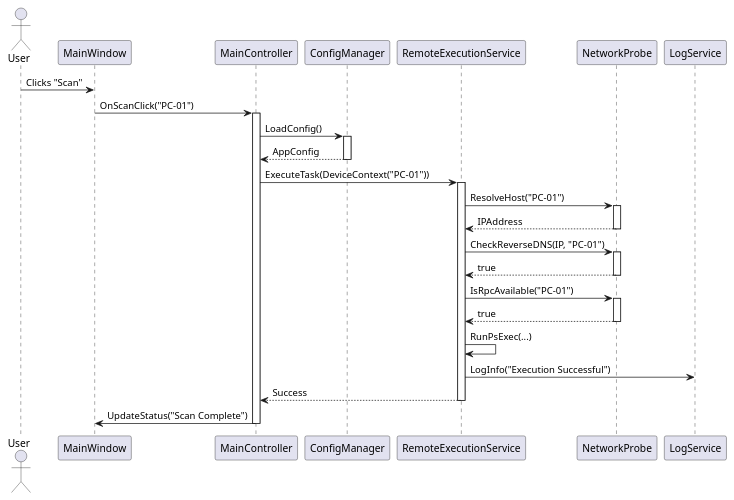
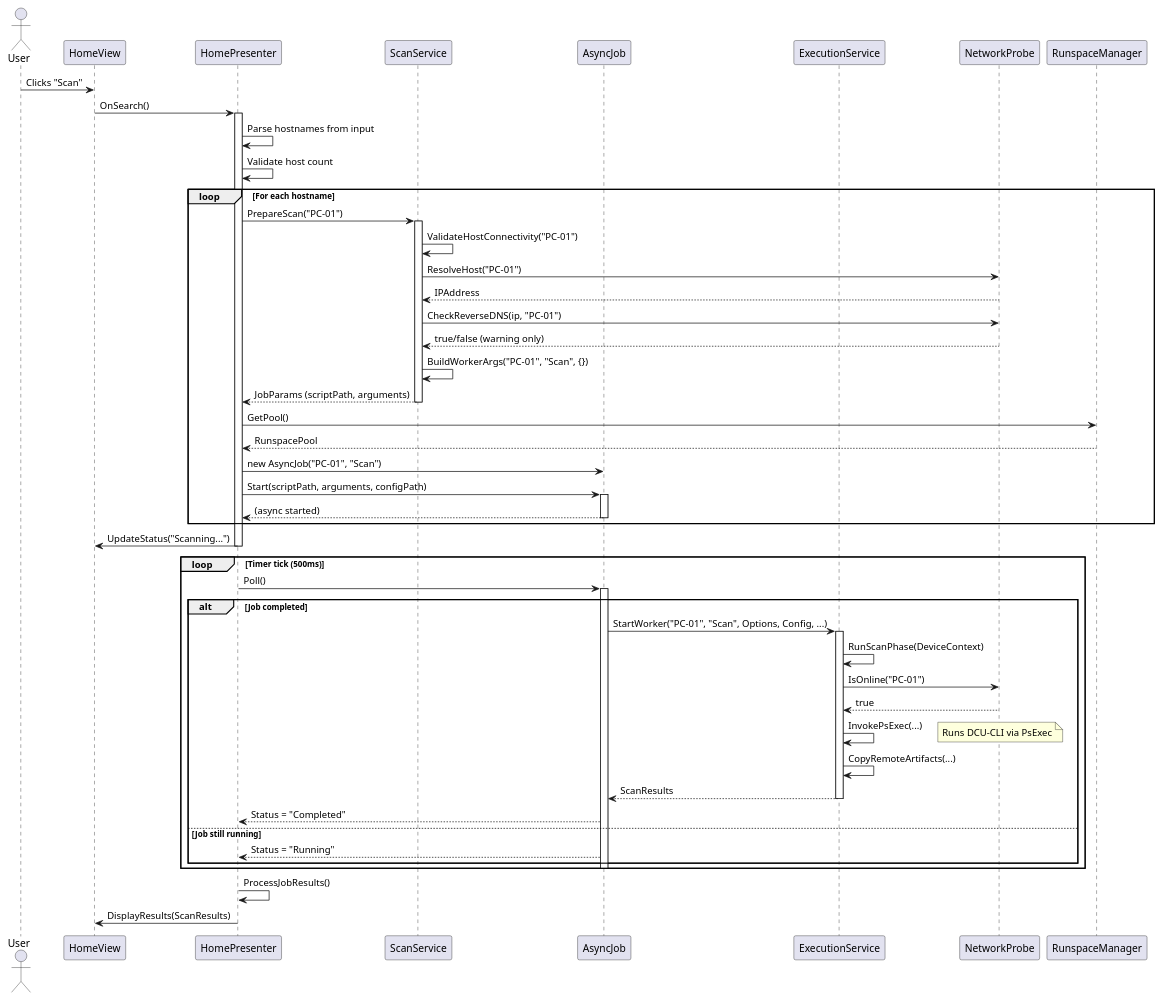
The diagram in docs/diagrams/scan_sequence_diagram.puml (Danial-Changez/DONUT), drawn with PlantUML before and after one commit. The commit also changed 119 other files, not shown here.

```diff
--- a/docs/diagrams/scan_sequence_diagram.puml
+++ b/docs/diagrams/scan_sequence_diagram.puml
@@ -1,44 +1,69 @@
-@startuml
+@startuml Scan Sequence Diagram
 actor User
-participant "MainWindow" as UI
-participant "MainController" as Ctrl
-participant "ConfigManager" as Cfg
-participant "RemoteExecutionService" as Remote
+participant "HomeView" as View
+participant "HomePresenter" as Presenter
+participant "ScanService" as Scan
+participant "AsyncJob" as Job
+participant "ExecutionService" as Exec
 participant "NetworkProbe" as Net
-participant "LogService" as Log
+participant "RunspaceManager" as Pool
 
-User -> UI: Clicks "Scan"
-UI -> Ctrl: OnScanClick("PC-01")
-activate Ctrl
+User -> View: Clicks "Scan"
+View -> Presenter: OnSearch()
+activate Presenter
 
-Ctrl -> Cfg: LoadConfig()
-activate Cfg
-Cfg --> Ctrl: AppConfig
-deactivate Cfg
+Presenter -> Presenter: Parse hostnames from input
+Presenter -> Presenter: Validate host count
 
-Ctrl -> Remote: ExecuteTask(DeviceContext("PC-01"))
-activate Remote
+loop For each hostname
+    Presenter -> Scan: PrepareScan("PC-01")
+    activate Scan
 
-Remote -> Net: ResolveHost("PC-01")
-activate Net
-Net --> Remote: IPAddress
-deactivate Net
+    Scan -> Scan: ValidateHostConnectivity("PC-01")
+    Scan -> Net: ResolveHost("PC-01")
+    Net --> Scan: IPAddress
+    Scan -> Net: CheckReverseDNS(ip, "PC-01")
+    Net --> Scan: true/false (warning only)
+    
+    Scan -> Scan: BuildWorkerArgs("PC-01", "Scan", {})
+    Scan --> Presenter: JobParams (scriptPath, arguments)
+    deactivate Scan
 
-Remote -> Net: CheckReverseDNS(IP, "PC-01")
-activate Net
-Net --> Remote: true
-deactivate Net
+    Presenter -> Pool: GetPool()
+    Pool --> Presenter: RunspacePool
+    
+    Presenter -> Job: new AsyncJob("PC-01", "Scan")
+    Presenter -> Job: Start(scriptPath, arguments, configPath)
+    activate Job
+    Job --> Presenter: (async started)
+    deactivate Job
+end
 
-Remote -> Net: IsRpcAvailable("PC-01")
-activate Net
-Net --> Remote: true
-deactivate Net
+Presenter -> View: UpdateStatus("Scanning...")
+deactivate Presenter
 
-Remote -> Remote: RunPsExec(...)
-Remote -> Log: LogInfo("Execution Successful")
-Remote --> Ctrl: Success
-deactivate Remote
+loop Timer tick (500ms)
+    Presenter -> Job: Poll()
+    activate Job
+    
+    alt Job completed
+        Job -> Exec: StartWorker("PC-01", "Scan", Options, Config, ...)
+        activate Exec
+        Exec -> Exec: RunScanPhase(DeviceContext)
+        Exec -> Net: IsOnline("PC-01")
+        Net --> Exec: true
+        Exec -> Exec: InvokePsExec(...)
+        note right: Runs DCU-CLI via PsExec
+        Exec -> Exec: CopyRemoteArtifacts(...)
+        Exec --> Job: ScanResults
+        deactivate Exec
+        Job --> Presenter: Status = "Completed"
+    else Job still running
+        Job --> Presenter: Status = "Running"
+    end
+    deactivate Job
+end
 
-Ctrl -> UI: UpdateStatus("Scan Complete")
-deactivate Ctrl
+Presenter -> Presenter: ProcessJobResults()
+Presenter -> View: DisplayResults(ScanResults)
 @enduml
```
